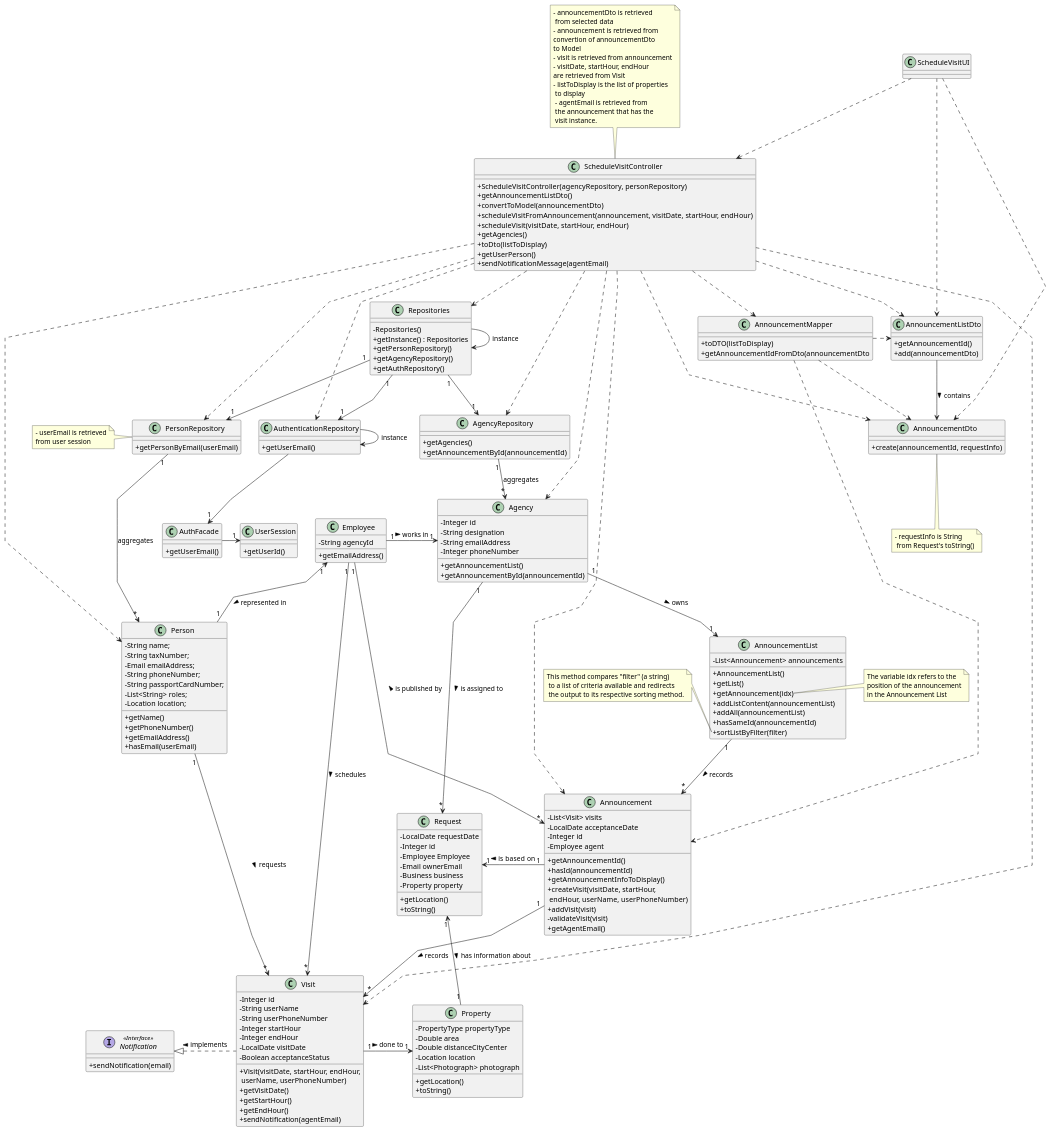
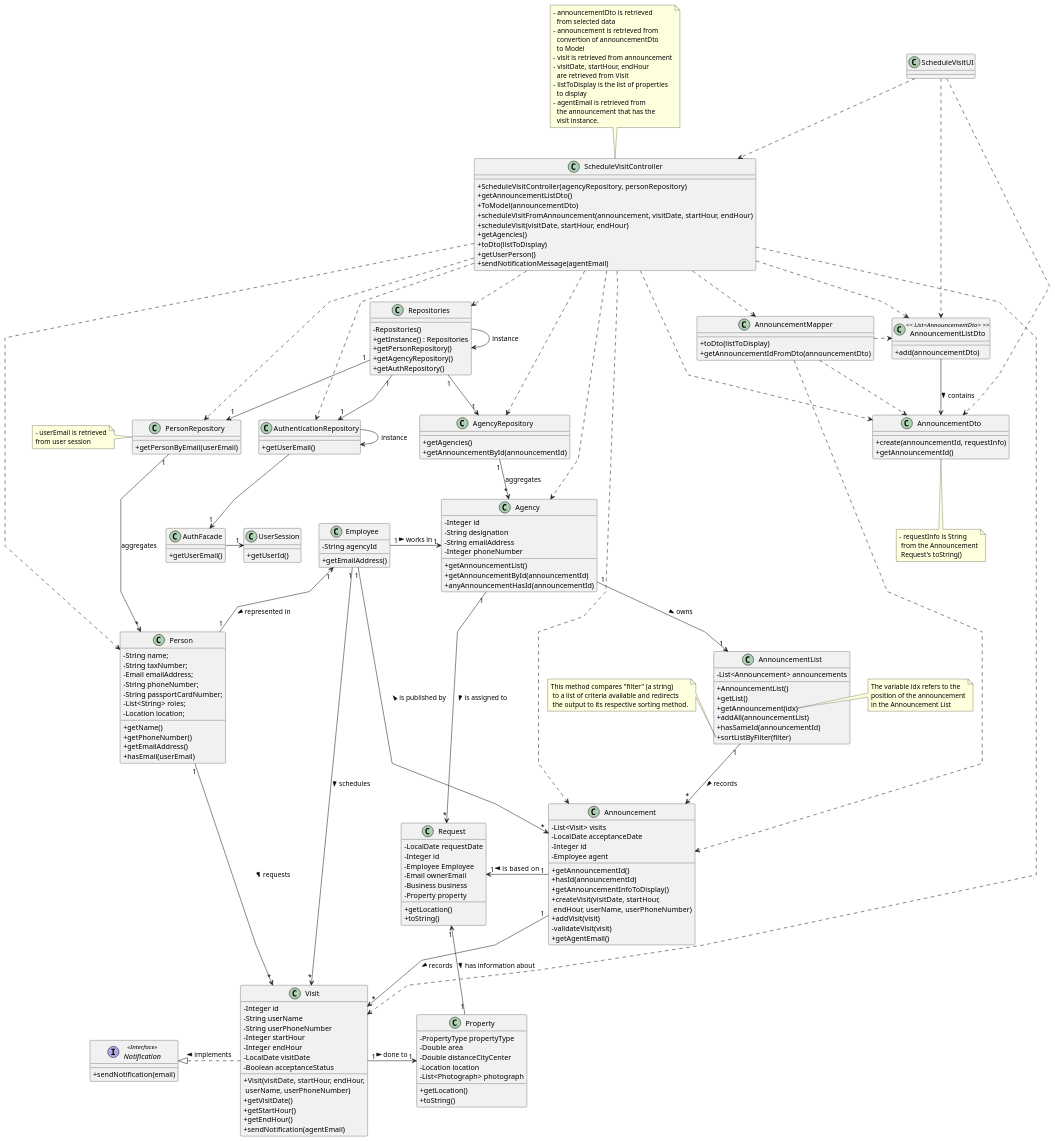
The diagram in docs/sprintC/us009/03.design/puml/us009-class-diagram.puml (rita-barbosa/LAPR2-2223), drawn with PlantUML before and after one commit.

Commit message:
Class Diagram update [US009] [Design]

```diff
--- a/docs/sprintC/us009/03.design/puml/us009-class-diagram.puml
+++ b/docs/sprintC/us009/03.design/puml/us009-class-diagram.puml
@@ -51,6 +51,7 @@
     - Integer phoneNumber
     + getAnnouncementList()
     + getAnnouncementById(announcementId)
+    + anyAnnouncementHasId(announcementId)
 }
 
 class Repositories {
@@ -64,7 +65,7 @@
 class ScheduleVisitController {
     + ScheduleVisitController(agencyRepository, personRepository)
     + getAnnouncementListDto()
-    + convertToModel(announcementDto)
+    + ToModel(announcementDto)
     + scheduleVisitFromAnnouncement(announcement, visitDate, startHour, endHour)
     + scheduleVisit(visitDate, startHour, endHour)
     + getAgencies()
@@ -75,18 +76,18 @@
 
 note top of ScheduleVisitController
     - announcementDto is retrieved
-     from selected data
+      from selected data
     - announcement is retrieved from
-    convertion of announcementDto
-    to Model
+      convertion of announcementDto
+      to Model
     - visit is retrieved from announcement
     - visitDate, startHour, endHour
-    are retrieved from Visit
+      are retrieved from Visit
     - listToDisplay is the list of properties
-     to display
-     - agentEmail is retrieved from
-     the announcement that has the
-     visit instance.
+      to display
+    - agentEmail is retrieved from
+      the announcement that has the
+      visit instance.
 end note
 
 class ScheduleVisitUI {
@@ -108,8 +109,8 @@
 }
 
 class AnnouncementMapper {
-    + toDTO(listToDisplay)
-    + getAnnouncementIdFromDto(announcementDto
+    + toDto(listToDisplay)
+    + getAnnouncementIdFromDto(announcementDto)
 }
 
 class AnnouncementList {
@@ -117,7 +118,6 @@
     + AnnouncementList()
     + getList()
     + getAnnouncement(idx)
-    + addListContent(announcementList)
     + addAll(announcementList)
     + hasSameId(announcementId)
     + sortListByFilter(filter)
@@ -138,15 +138,17 @@
 
 class AnnouncementDto{
     + create(announcementId, requestInfo)
+    + getAnnouncementId()
 }
 
 note bottom of AnnouncementDto
     - requestInfo is String
-     from Request's toString()
+     from the Announcement
+     Request's toString()
 end note
 
-class AnnouncementListDto{
-    + getAnnouncementId()
+class AnnouncementListDto << List<AnnouncementDto> >>{
+
     + add(announcementDto)
 }
 
```
